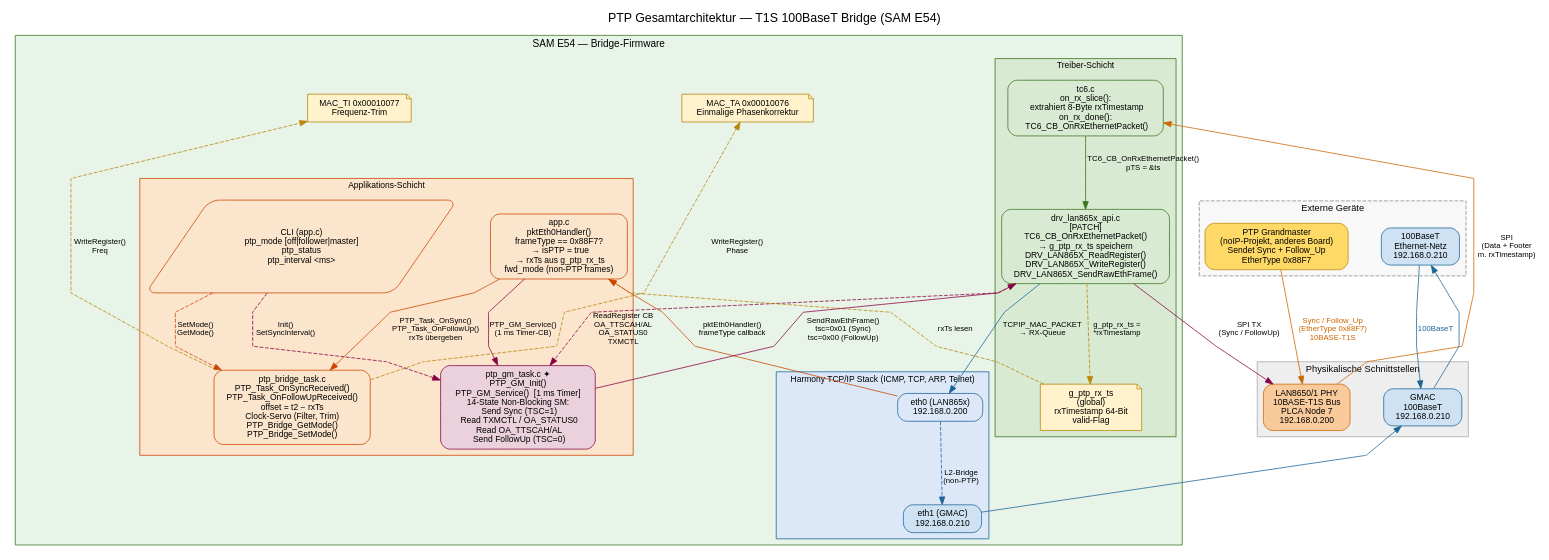
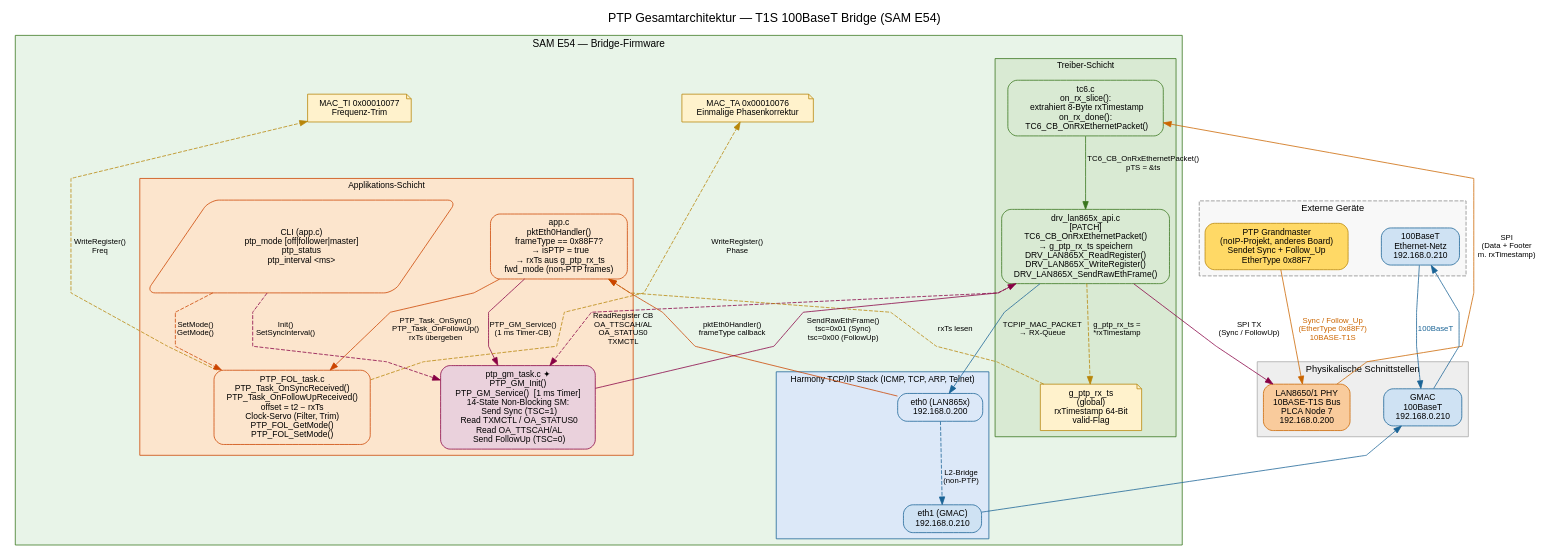
Before and after one commit to zabooh/t1s_100baset_bridge: the diagram in ptp_architecture.dot, drawn with Graphviz. The commit also changed 17 other files, not shown here.

First line of the commit message:
Rename ptp_bridge to PTP_FOL (Follower) throughout the repository

```diff
--- a/ptp_architecture.dot
+++ b/ptp_architecture.dot
@@ -1,4 +1,4 @@
-digraph PTP_Bridge_Architecture {
+digraph PTP_FOL_Architecture {
     graph [
         label = "PTP Gesamtarchitektur — T1S 100BaseT Bridge (SAM E54)"
         labelloc = t
@@ -135,8 +135,8 @@
                 color = "#cc4400"
             ]
 
-            ptp_bridge [
-                label = "ptp_bridge_task.c\nPTP_Task_OnSyncReceived()\nPTP_Task_OnFollowUpReceived()\noffset = t2 − rxTs\nClock-Servo (Filter, Trim)\nPTP_Bridge_GetMode()\nPTP_Bridge_SetMode()"
+            PTP_FOL [
+                label = "PTP_FOL_task.c\nPTP_Task_OnSyncReceived()\nPTP_Task_OnFollowUpReceived()\noffset = t2 − rxTs\nClock-Servo (Filter, Trim)\nPTP_FOL_GetMode()\nPTP_FOL_SetMode()"
                 fillcolor = "#fce5cd"
                 color = "#cc4400"
             ]
@@ -190,12 +190,12 @@
     ts_store -> app [label="rxTs lesen" color="#b8860b" style=dashed]
 
     /* App → PTP tasks */
-    app -> ptp_bridge [label="PTP_Task_OnSync()\nPTP_Task_OnFollowUp()\nrxTs übergeben" color="#cc4400"]
+    app -> PTP_FOL [label="PTP_Task_OnSync()\nPTP_Task_OnFollowUp()\nrxTs übergeben" color="#cc4400"]
     app -> ptp_gm [label="PTP_GM_Service()\n(1 ms Timer-CB)" color="#880044"]
 
     /* Servo output */
-    ptp_bridge -> reg_ta [label="WriteRegister()\nPhase" color="#b8860b" style=dashed]
-    ptp_bridge -> reg_ti [label="WriteRegister()\nFreq" color="#b8860b" style=dashed]
+    PTP_FOL -> reg_ta [label="WriteRegister()\nPhase" color="#b8860b" style=dashed]
+    PTP_FOL -> reg_ti [label="WriteRegister()\nFreq" color="#b8860b" style=dashed]
     reg_ta -> drv_api [style=invis]
     reg_ti -> drv_api [style=invis]
 
@@ -204,7 +204,7 @@
     drv_api -> lan865x_phy [label="SPI TX\n(Sync / FollowUp)" color="#880044"]
 
     /* Mode control */
-    cli -> ptp_bridge [label="SetMode()\nGetMode()" color="#cc4400" style=dashed]
+    cli -> PTP_FOL [label="SetMode()\nGetMode()" color="#cc4400" style=dashed]
     cli -> ptp_gm [label="Init()\nSetSyncInterval()" color="#880044" style=dashed]
 
     /* Bridge forwarding */
```
